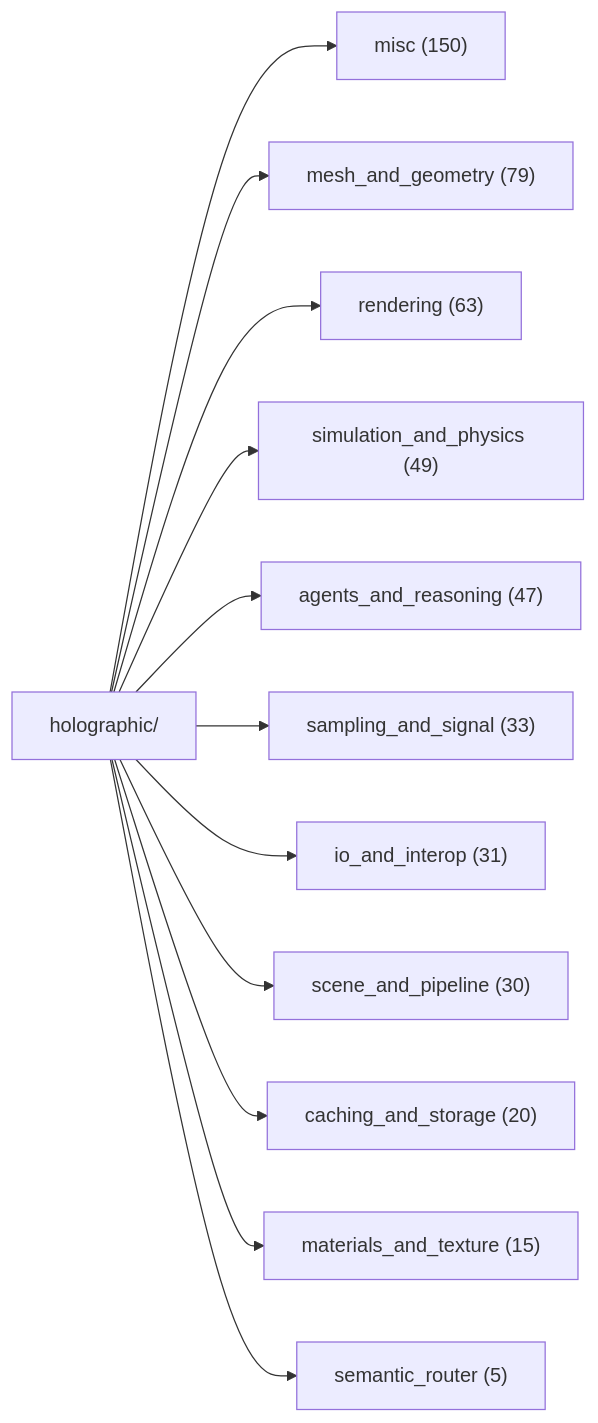
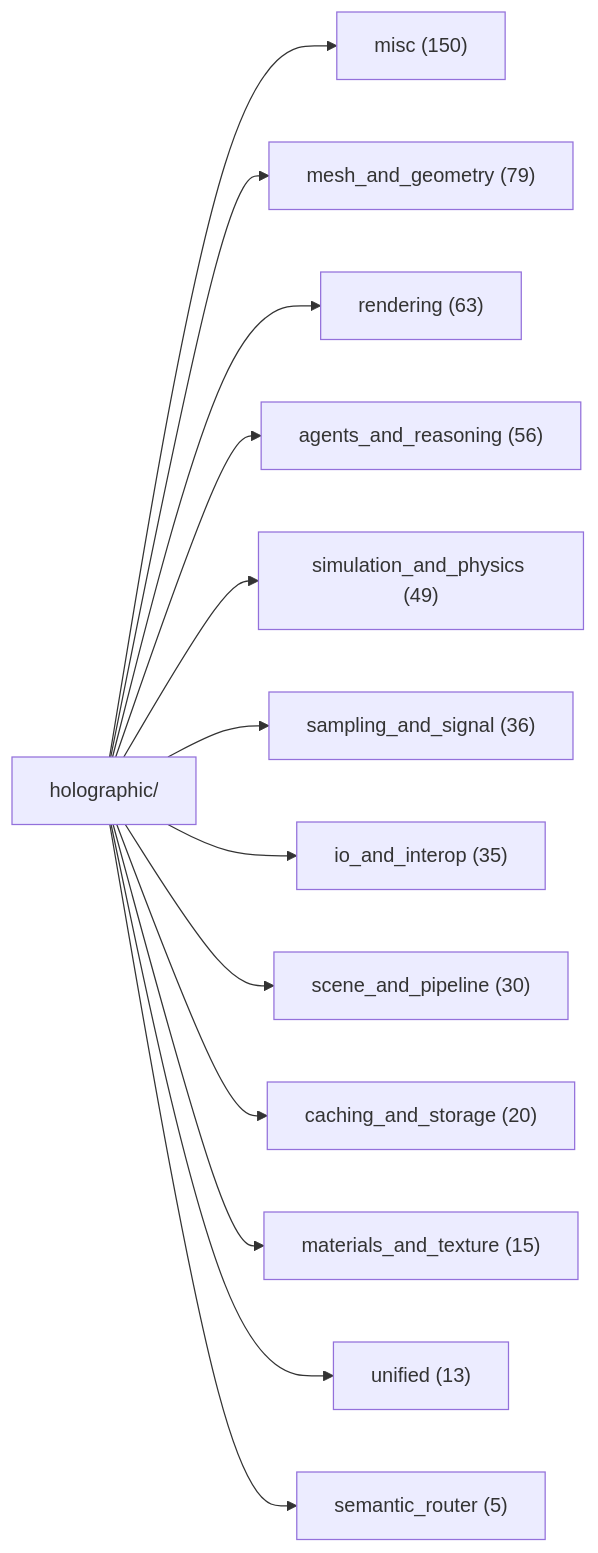
Before and after one commit to AnOversizedMooseWithSocks/leCore: the first of 2 diagrams in docs/DOC_MAP.md, drawn with Mermaid. The commit also changed other lines of this file and 93 other files, not shown here.

````diff
--- a/docs/DOC_MAP.md
+++ b/docs/DOC_MAP.md
@@ -35,15 +35,16 @@
 ```mermaid
 graph LR
     H[holographic/]
     H --> misc["misc (150)"]
     H --> mesh["mesh_and_geometry (79)"]
     H --> rend["rendering (63)"]
+    H --> agen["agents_and_reasoning (56)"]
     H --> simu["simulation_and_physics (49)"]
-    H --> agen["agents_and_reasoning (47)"]
-    H --> samp["sampling_and_signal (33)"]
-    H --> io_a["io_and_interop (31)"]
+    H --> samp["sampling_and_signal (36)"]
+    H --> io_a["io_and_interop (35)"]
     H --> scen["scene_and_pipeline (30)"]
     H --> cach["caching_and_storage (20)"]
     H --> mate["materials_and_texture (15)"]
+    H --> unif["unified (13)"]
     H --> sema["semantic_router (5)"]
 ```
````
